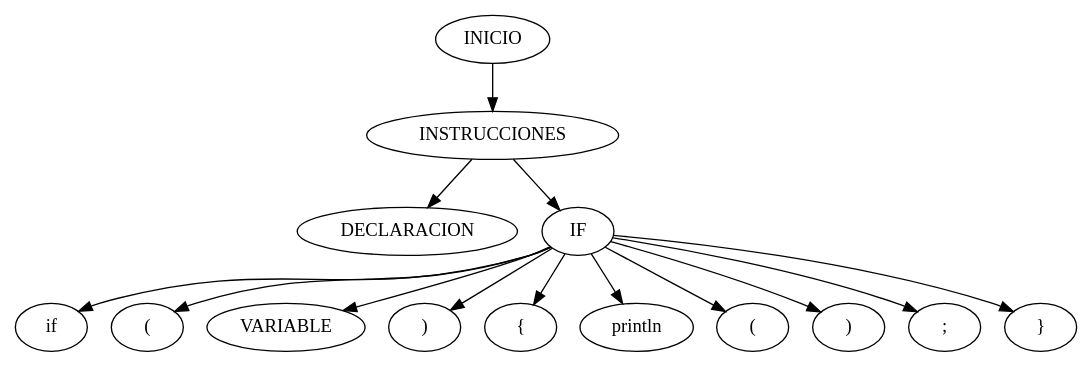
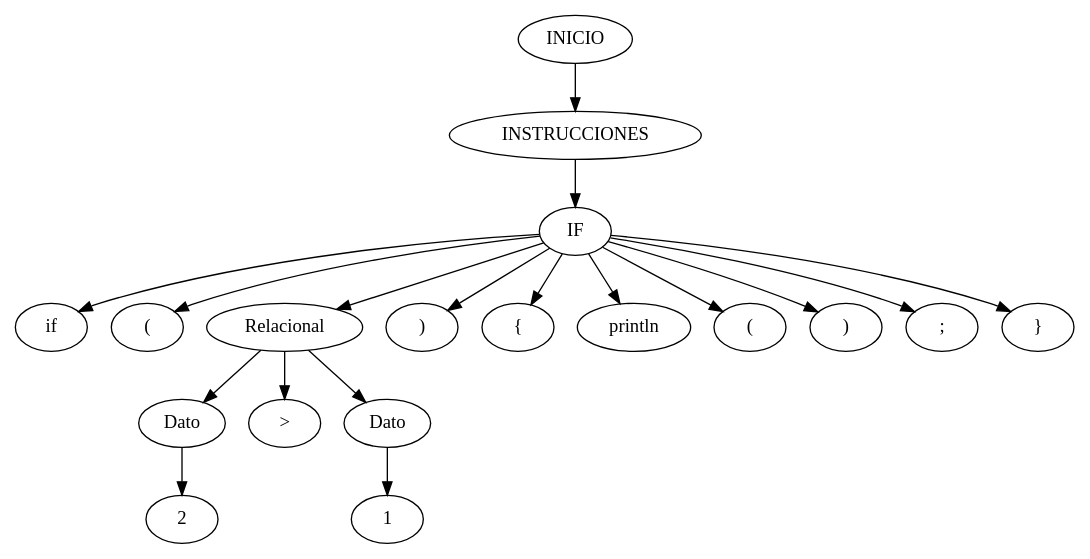
The diagram in server/arbolAST.dot (Ssolares0/OLC1_Proyecto2_202004822), drawn with Graphviz before and after one commit. The commit also changed 10 other files, not shown here.

```diff
--- a/server/arbolAST.dot
+++ b/server/arbolAST.dot
@@ -1,30 +1,38 @@
 digraph arbolAST{ 
       n0[label="INICIO"];
       n1[label="INSTRUCCIONES"];
       n0 -> n1;
-n2[label="DECLARACION"];
+n2[label="IF"];
       n1 -> n2;
-n3[label="IF"];
-      n1 -> n3;
-n4[label="if"];
-      n3 -> n4;
-n5[label="("];
-      n3 -> n5;
-n6[label="VARIABLE"];
-      n3 -> n6;
-n7[label=")"];
-      n3 -> n7;
-n8[label="{"];
-      n3 -> n8;
-n9[label="println"];
-      n3 -> n9;
-n10[label="("];
-      n3 -> n10;
+n3[label="if"];
+      n2 -> n3;
+n4[label="("];
+      n2 -> n4;
+n5[label="Relacional"];
+      n2 -> n5;
+n6[label="Dato"];
+      n5 -> n6;
+n7[label="2"];
+      n6 -> n7;
+n8[label=">"];
+      n5 -> n8;
+n9[label="Dato"];
+      n5 -> n9;
+n10[label="1"];
+      n9 -> n10;
 n11[label=")"];
-      n3 -> n11;
-n12[label=";"];
-      n3 -> n12;
-n13[label="}"];
-      n3 -> n13;
+      n2 -> n11;
+n12[label="{"];
+      n2 -> n12;
+n13[label="println"];
+      n2 -> n13;
+n14[label="("];
+      n2 -> n14;
+n15[label=")"];
+      n2 -> n15;
+n16[label=";"];
+      n2 -> n16;
+n17[label="}"];
+      n2 -> n17;
 
     }
```
